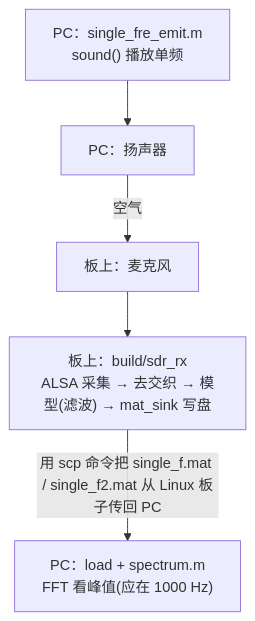
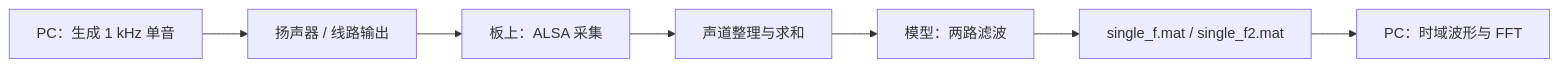
The diagram in documents/实验一_单频信号.md (padhialuo0426/portable-acoustic-sdr), drawn with Mermaid before and after one commit. The commit also changed other lines of this file and 12 other files, not shown here.

````diff
--- a/documents/实验一_单频信号.md
+++ b/documents/实验一_单频信号.md
@@ -10,11 +9,9 @@
 ```mermaid
-flowchart TD
-    emit["PC：single_fre_emit.m<br/>sound() 播放单频"]
-    spk["PC：扬声器"]
-    mic["板上：麦克风"]
-    rx["板上：build/sdr_rx<br/>ALSA 采集 → 去交织 → 模型(滤波) → mat_sink 写盘"]
-    dec["PC：load + spectrum.m<br/>FFT 看峰值(应在 1000 Hz)"]
-
-    emit --> spk -->|"空气"| mic --> rx
-    rx -->|"用 scp 命令把 single_f.mat / single_f2.mat 从 Linux 板子传回 PC"| dec
+flowchart LR
+    tx["PC：生成 1 kHz 单音"] --> channel["扬声器 / 线路输出"]
+    channel --> input["板上：ALSA 采集"]
+    input --> sum["声道整理与求和"]
+    sum --> filters["模型：两路滤波"]
+    filters --> mat["single_f.mat / single_f2.mat"]
+    mat --> fft["PC：时域波形与 FFT"]
 ```
````
